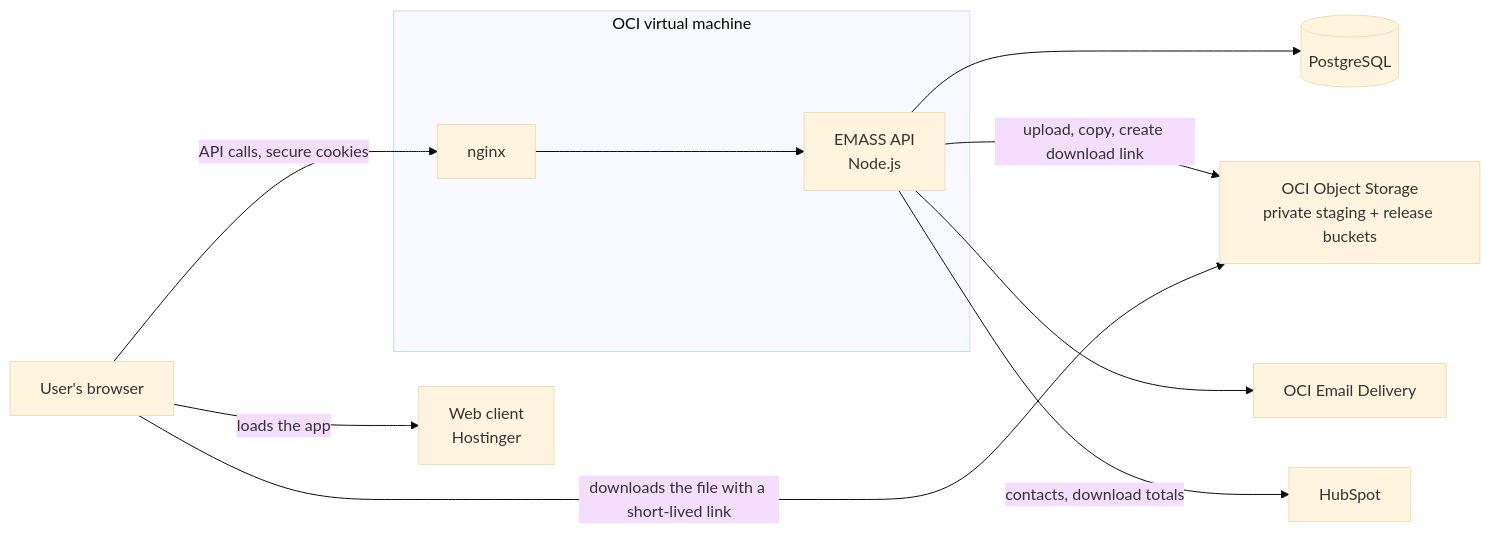
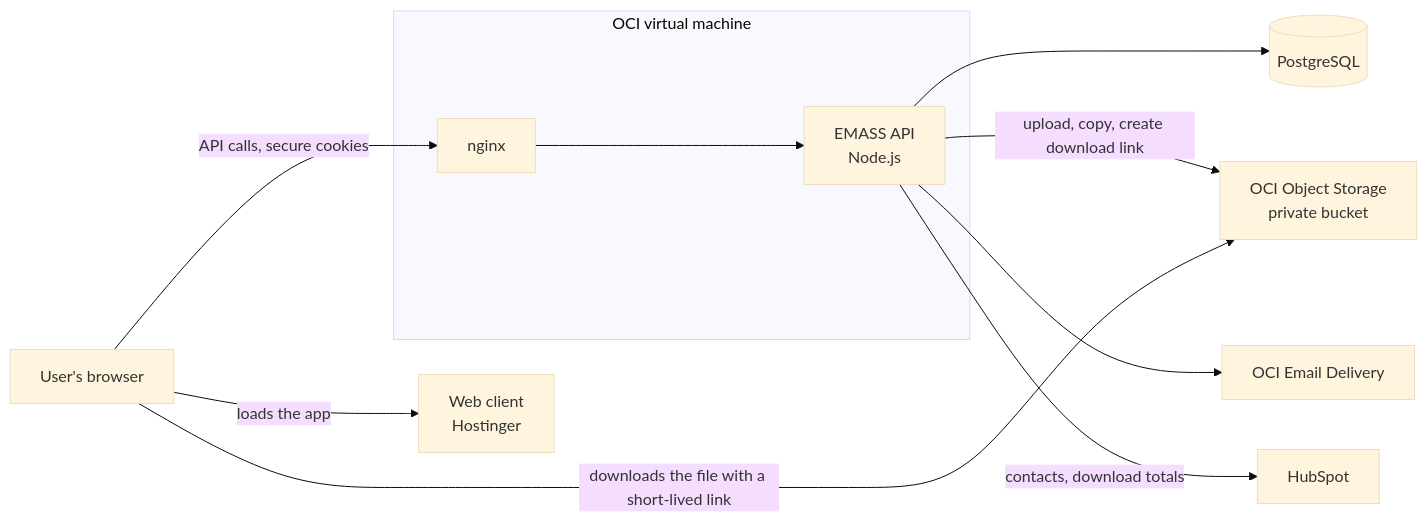
One commit to ahad-devvibe/emass-toolkit changed the first of 3 diagrams in docs/development-document.md. Above: the diagram before and after it, drawn with Mermaid (base theme). The commit also changed other lines of this file and 105 other files, not shown here.

Commit message:
refactor release management flow

````diff
--- a/docs/development-document.md
+++ b/docs/development-document.md
@@ -49,20 +49,20 @@
 ```mermaid
 flowchart LR
     U[User's browser]
     C[Web client<br/>Hostinger]
     subgraph VM[OCI virtual machine]
         N[nginx] --> A[EMASS API<br/>Node.js]
     end
     D[(PostgreSQL)]
-    S[OCI Object Storage<br/>private staging + release buckets]
+    S[OCI Object Storage<br/>private bucket]
     E[OCI Email Delivery]
     H[HubSpot]
 
     U -->|loads the app| C
     U -->|API calls, secure cookies| N
     A --> D
     A -->|upload, copy, create download link| S
     A --> E
     A -->|contacts, download totals| H
     U -->|downloads the file with a short-lived link| S
 ```
````
